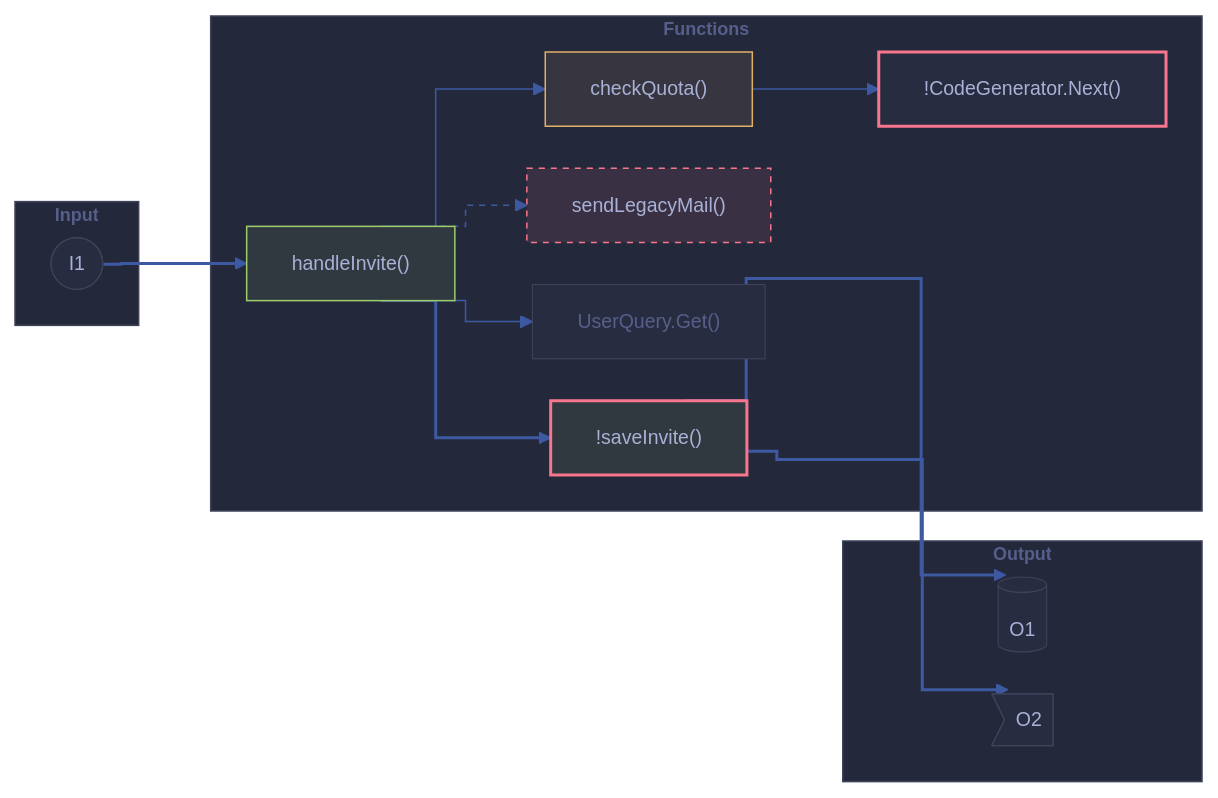
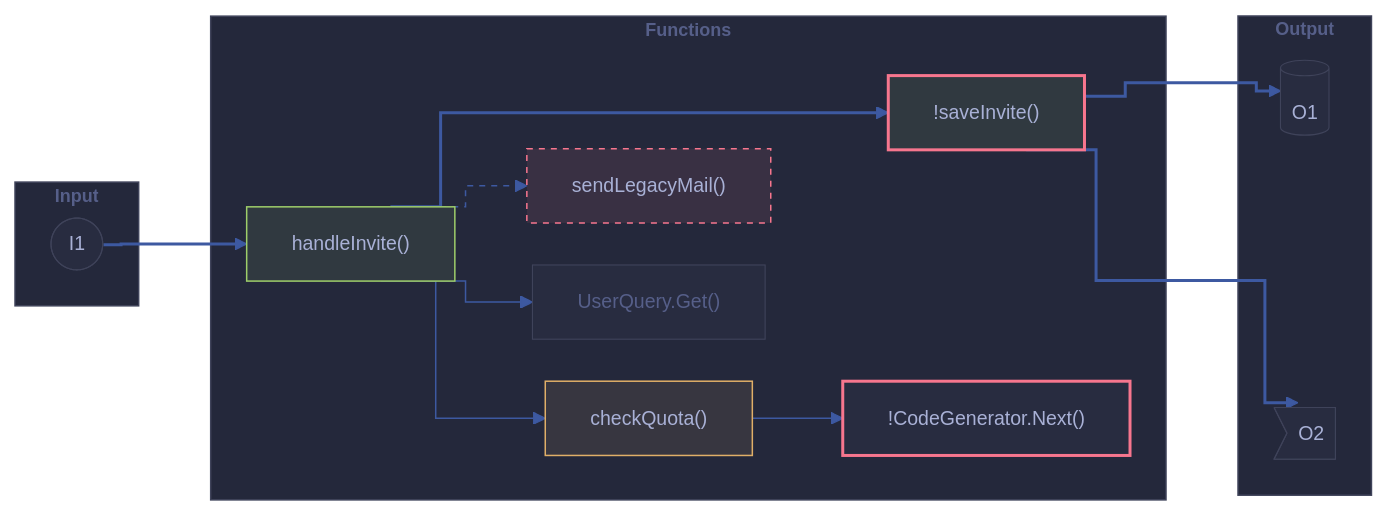
One commit to gagoar/pr-brief changed the fifth of 17 diagrams in docs/samples/craft-themes.md. Above: the diagram before and after it, drawn with Mermaid. The commit also changed other lines of this file, not shown here.

````diff
--- a/docs/samples/craft-themes.md
+++ b/docs/samples/craft-themes.md
@@ -200,39 +210,41 @@
 ```mermaid
 %%{init: {"theme":"base","flowchart":{"curve":"step","nodeSpacing":28,"rankSpacing":48,"diagramPadding":40},"themeVariables":{"darkMode":true,"background":"#24283b","fontFamily":"Inter, Helvetica, Arial","fontSize":"13px","dropShadow":"none","primaryColor":"#282c40","primaryTextColor":"#a9b1d6","primaryBorderColor":"#3f435a","nodeTextColor":"#a9b1d6","textColor":"#a9b1d6","mainBkg":"#282c40","nodeBorder":"#3f435a","lineColor":"#3d59a1","clusterBkg":"#24283b","clusterBorder":"#3f435a","titleColor":"#565f89","edgeLabelBackground":"#24283b"}}}%%
 graph LR
   subgraph IN["Input"]
     I1(["I1"])
   end
   subgraph FN["Functions"]
     F1["handleInvite()"]:::added
     F2["checkQuota()"]:::modified
     F3["sendLegacyMail()"]:::removed
     F4["UserQuery.Get()"]:::context
     F5["!CodeGenerator.Next()"]:::risk
     F6["!saveInvite()"]:::riskadded
   end
   subgraph OUT["Output"]
     O1[("O1")]
     O2>"O2"]
   end
   I1 ==> F1
   F1 --> F2
   F1 --> F4
   F2 --> F5
   F1 ==> F6
   F1 -.-> F3
   F6 ==> O1
   F6 ==> O2
+  F5 ~~~ O1
+  F5 ~~~ O2
   classDef default fill:#282c40,stroke:#3f435a,stroke-width:0.75px,color:#a9b1d6,font-weight:500
   classDef added fill:#303940,stroke:#9ece6a,stroke-width:1px,color:#a9b1d6,font-weight:500
   classDef modified fill:#373640,stroke:#e0af68,stroke-width:1px,color:#a9b1d6,font-weight:500
   classDef removed fill:#393043,stroke:#f7768e,stroke-width:1px,stroke-dasharray:4 4,color:#a9b1d6,font-weight:500
   classDef context fill:#282c40,stroke:#3f435a,stroke-width:0.75px,color:#565f89,font-weight:500
   classDef risk fill:#282c40,stroke:#f7768e,stroke-width:2px,color:#a9b1d6,font-weight:500
   classDef riskadded fill:#303940,stroke:#f7768e,stroke-width:2px,color:#a9b1d6,font-weight:500
   classDef zone fill:#24283b,stroke:#3f435a,stroke-width:1px,color:#565f89,font-weight:600,font-size:12px
   class IN,FN,OUT zone
-  linkStyle default stroke:#3d59a1,stroke-width:1px
+  linkStyle 1,2,3 stroke:#3d59a1,stroke-width:1px
   linkStyle 0,4,6,7 stroke:#3d59a1,stroke-width:2px
   linkStyle 5 stroke:#3d59a1,stroke-width:1px,stroke-dasharray:4 4
 ```
````
